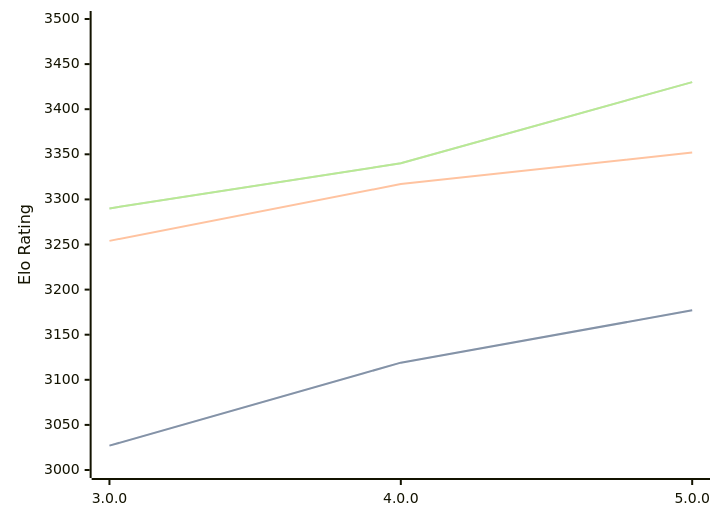
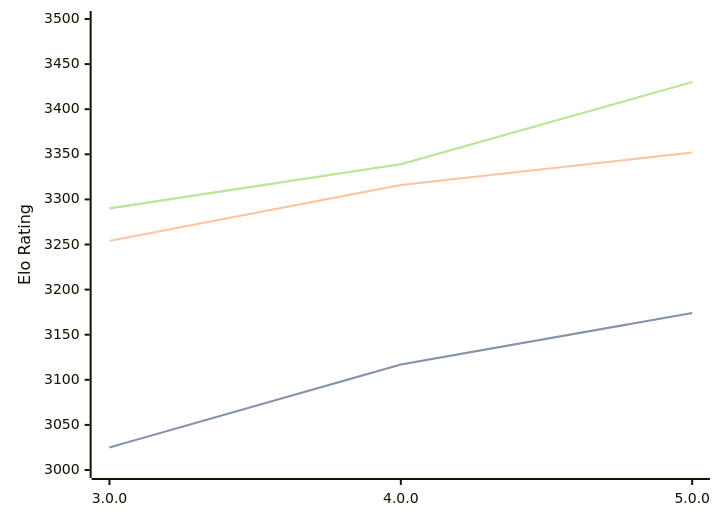
The diagram in engines/Minke.md (computer-chess-index/cci), drawn with Mermaid before and after one commit. The commit also changed other lines of this file, not shown here.

Commit message:
Update CCI Ratings (ELO VLTC) - 2026-03-01

````diff
--- a/engines/Minke.md
+++ b/engines/Minke.md
@@ -33,11 +33,11 @@
 ```mermaid
 %%{init: {"theme":"base","themeVariables":{"seriesColors:['#a3a3a3','#222221','#faa371']}}}%%
 xychart-beta
   x-axis ["3.0.0", "4.0.0", "5.0.0"]
   y-axis "Elo Rating" 3000 --> 3500
-  line "STC (8.0+0.08s)" [3027, 3119, 3177]
-  line "STC (8.0+0.08s)" [3027, 3119, 3177]
-  line "LTC (60.0+0.60s)" [3254, 3317, 3352]
-  line "VLTC (2m24s+1.12s)" [3290, 3340, 3430]
-  line "VLTC (2m24s+1.12s)" [3290, 3340, 3430]
+  line "STC (8.0+0.08s)" [3025, 3117, 3174]
+  line "STC (8.0+0.08s)" [3025, 3117, 3174]
+  line "LTC (60.0+0.60s)" [3254, 3316, 3352]
+  line "VLTC (2m24s+1.12s)" [3290, 3339, 3430]
+  line "VLTC (2m24s+1.12s)" [3290, 3339, 3430]
 ```
````
